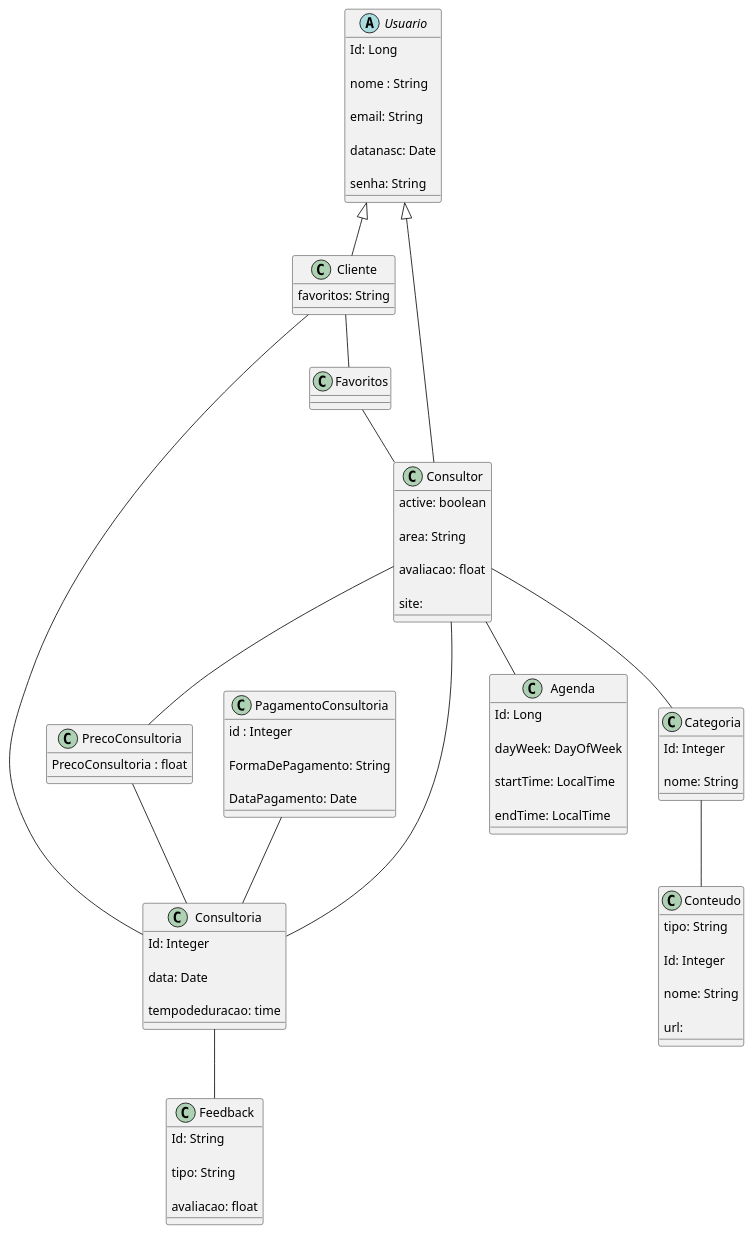
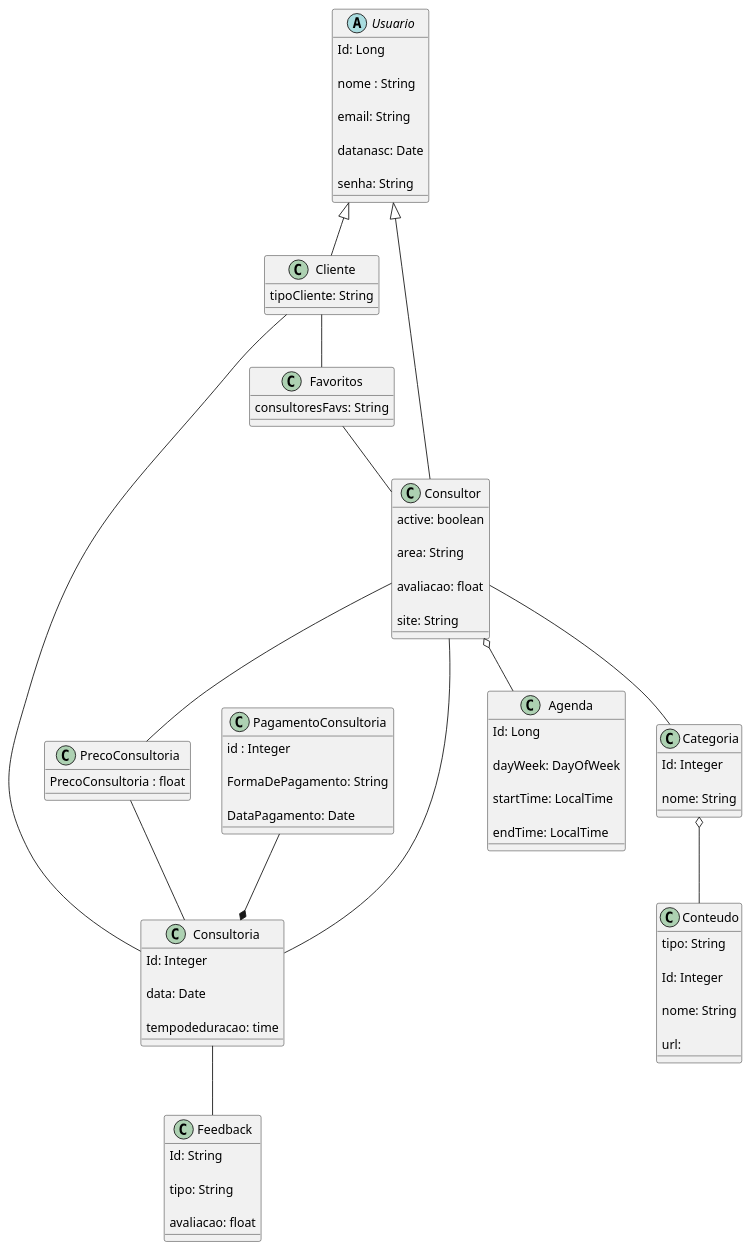
Before and after one commit to camycamyha/projetoEngSoftware: the diagram in docs/modeloConceitual/modConceitual.puml, drawn with PlantUML. The commit also changed 1 other file, not shown here.

```diff
--- a/docs/modeloConceitual/modConceitual.puml
+++ b/docs/modeloConceitual/modConceitual.puml
@@ -1,157 +1,158 @@
 @startuml "Modelo Conceitual"
 
 abstract class Usuario {
 
     Id: Long
 
     nome : String
 
     email: String
 
     datanasc: Date
 
     senha: String
 
  
 
 }  
 
  
 
 class Consultor {
 
     active: boolean
 
     area: String
 
     avaliacao: float 
 
-    site:  
+    site: String
 
 }
 
  
 
 class Cliente {
 
-    favoritos: String
+    tipoCliente: String
 
 }
 
 
 
  class Favoritos {
 
+    consultoresFavs: String
 
 }
 
  
 
 
 class Consultoria{
 
     Id: Integer
 
     data: Date
 
     tempodeduracao: time
 
 }
 
  
 
  class PagamentoConsultoria {
   
    id : Integer
 
    FormaDePagamento: String
 
    DataPagamento: Date
 }
 
 class PrecoConsultoria{
 
    PrecoConsultoria : float
 
 }
  
 
 class Agenda {
 
     Id: Long
 
     dayWeek: DayOfWeek
 
     startTime: LocalTime
 
     endTime: LocalTime
 
    
 
 }
 
  
 
 Class Categoria{
 
     Id: Integer
 
     nome: String
 
 }
 
  
 
 Class Conteudo{
 
   tipo: String
 
   Id: Integer
 
   nome: String 
 
   url: 
 
 }
 
 Class Feedback{
 
     Id: String
 
     tipo: String
 
     avaliacao: float
 
 }
 
  
 
  
 Cliente -- Favoritos
 
 Favoritos -- Consultor
 
 Consultor -- Categoria
 
-Categoria -- Conteudo
+Categoria o-- Conteudo
 
 Consultor --|> Usuario
 
 Usuario <|-- Cliente
 
 Consultoria --Feedback
 
 Cliente -- Consultoria
 
 Consultoria -- Consultor
 
-Consultor -- Agenda
+Consultor o-- Agenda
 
-PagamentoConsultoria -- Consultoria
+PagamentoConsultoria --* Consultoria
 
 PrecoConsultoria -- Consultoria
 
 Consultor -- PrecoConsultoria
 
 
 @enduml
```
